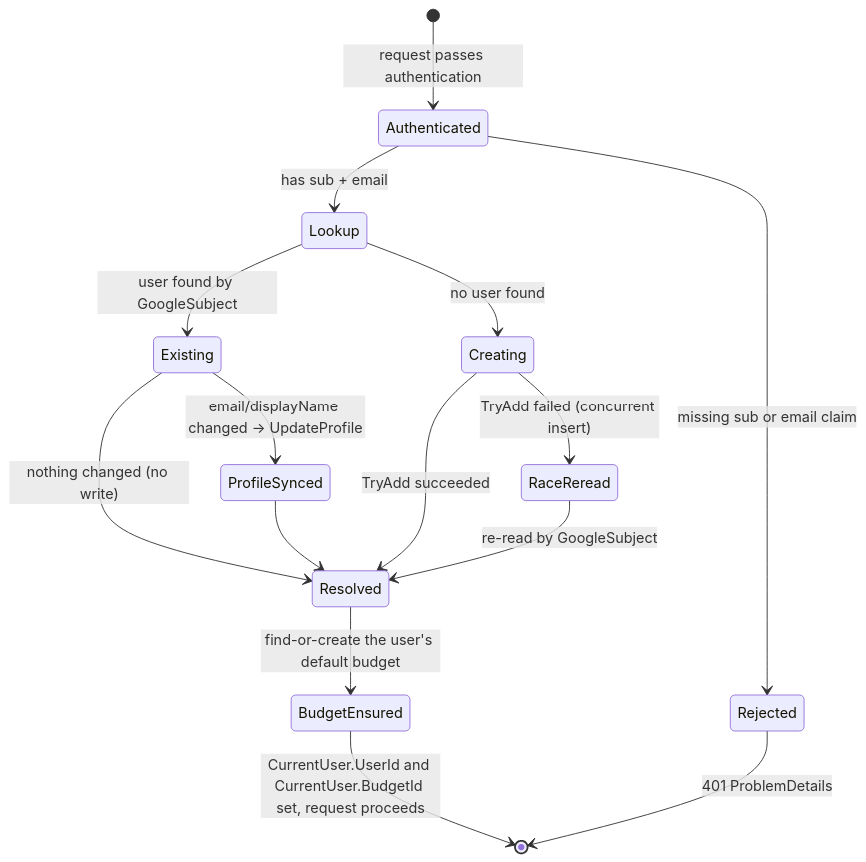
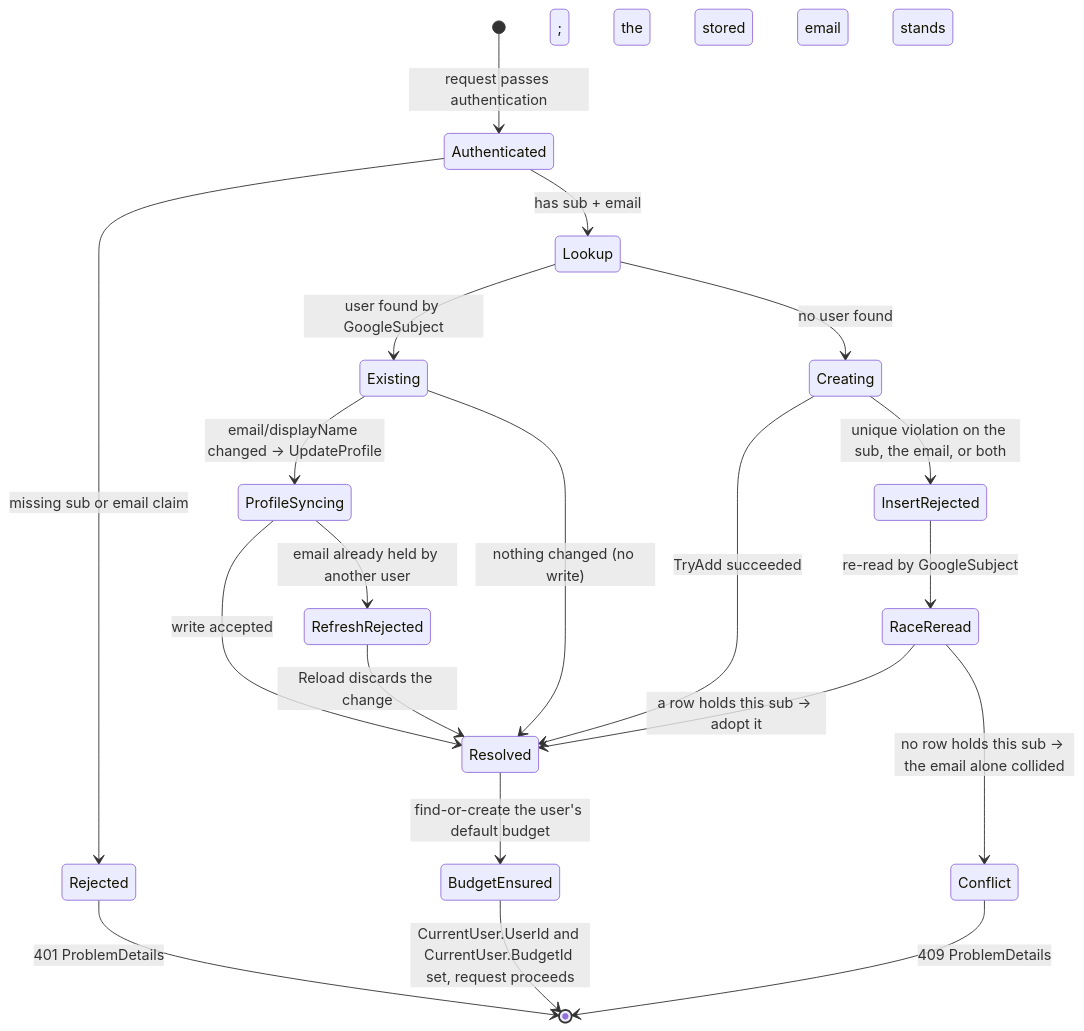
Before and after one commit to anton-kochev/budgetoid: the second of 2 diagrams in docs/business-logic/users-and-ownership.md, drawn with Mermaid. The commit also changed other lines of this file and 55 other files, not shown here.

Commit message:
feat(schema): the database accepts rows the domain would reject

````diff
--- a/docs/business-logic/users-and-ownership.md
+++ b/docs/business-logic/users-and-ownership.md
@@ -128,17 +199,22 @@
 ```mermaid
 stateDiagram-v2
     [*] --> Authenticated : request passes authentication
     Authenticated --> Rejected : missing sub or email claim
     Authenticated --> Lookup : has sub + email
     Lookup --> Existing : user found by GoogleSubject
     Lookup --> Creating : no user found
-    Existing --> ProfileSynced : email/displayName changed → UpdateProfile
+    Existing --> ProfileSyncing : email/displayName changed → UpdateProfile
     Existing --> Resolved : nothing changed (no write)
-    ProfileSynced --> Resolved
+    ProfileSyncing --> Resolved : write accepted
+    ProfileSyncing --> RefreshRejected : email already held by another user
+    RefreshRejected --> Resolved : Reload discards the change; the stored email stands
     Creating --> Resolved : TryAdd succeeded
-    Creating --> RaceReread : TryAdd failed (concurrent insert)
-    RaceReread --> Resolved : re-read by GoogleSubject
+    Creating --> InsertRejected : unique violation on the sub, the email, or both
+    InsertRejected --> RaceReread : re-read by GoogleSubject
+    RaceReread --> Resolved : a row holds this sub → adopt it
+    RaceReread --> Conflict : no row holds this sub → the email alone collided
     Resolved --> BudgetEnsured : find-or-create the user's default budget
     BudgetEnsured --> [*] : CurrentUser.UserId and CurrentUser.BudgetId set, request proceeds
     Rejected --> [*] : 401 ProblemDetails
+    Conflict --> [*] : 409 ProblemDetails
 ```
````
